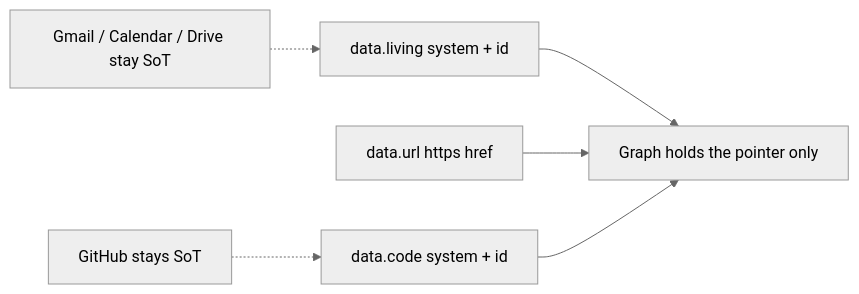
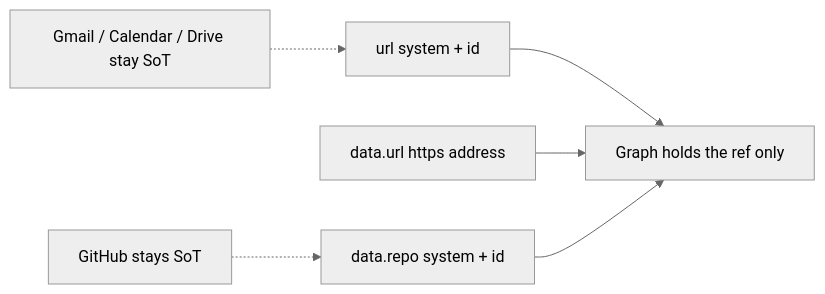
One commit to dgraziosi/foundation changed the eighth of 11 diagrams in docs/ARCHITECTURE.md. Above: the diagram before and after it, drawn with Mermaid (neutral theme). The commit also changed other lines of this file and 39 other files, not shown here.

First line of the commit message:
search { url } / { repo } live filters; link is the edge verb (#56)

````diff
--- a/docs/ARCHITECTURE.md
+++ b/docs/ARCHITECTURE.md
@@ -222,14 +222,14 @@
 ```mermaid
 flowchart LR
   sot["Gmail / Calendar / Drive stay SoT"]
-  living_ref["data.living system + id"]
-  url_ref["data.url https href"]
-  code_sot["GitHub stays SoT"]
-  code_ref["data.code system + id"]
-  holds_ref["Graph holds the pointer only"]
-  sot -.-> living_ref
-  living_ref --> holds_ref
+  url_ref_id["url system + id"]
+  url_ref["data.url https address"]
+  repo_sot["GitHub stays SoT"]
+  repo_ref["data.repo system + id"]
+  holds_ref["Graph holds the ref only"]
+  sot -.-> url_ref_id
+  url_ref_id --> holds_ref
   url_ref --> holds_ref
-  code_sot -.-> code_ref
-  code_ref --> holds_ref
+  repo_sot -.-> repo_ref
+  repo_ref --> holds_ref
 ```
````
